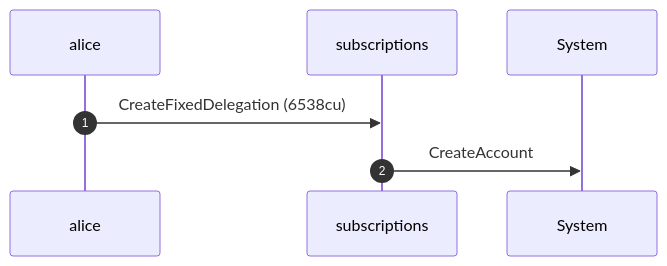
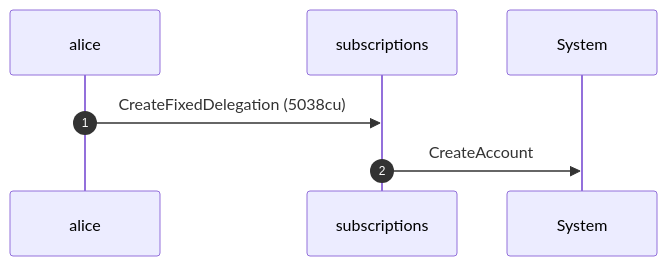
Before and after one commit to cds-rs/subscriptions: the fifth of 12 diagrams in dsl_tests/revoke-a-fixed-delegation.md, drawn with Mermaid. The commit also changed other lines of this file and 224 other files, not shown here.

````diff
--- a/dsl_tests/revoke-a-fixed-delegation.md
+++ b/dsl_tests/revoke-a-fixed-delegation.md
@@ -104,9 +110,9 @@
 ```mermaid
 sequenceDiagram
     autonumber
     participant alice
     participant subscriptions
     participant System
-    alice ->> subscriptions: CreateFixedDelegation (6538cu)
+    alice ->> subscriptions: CreateFixedDelegation (5038cu)
     subscriptions ->> System: CreateAccount
 ```
````
